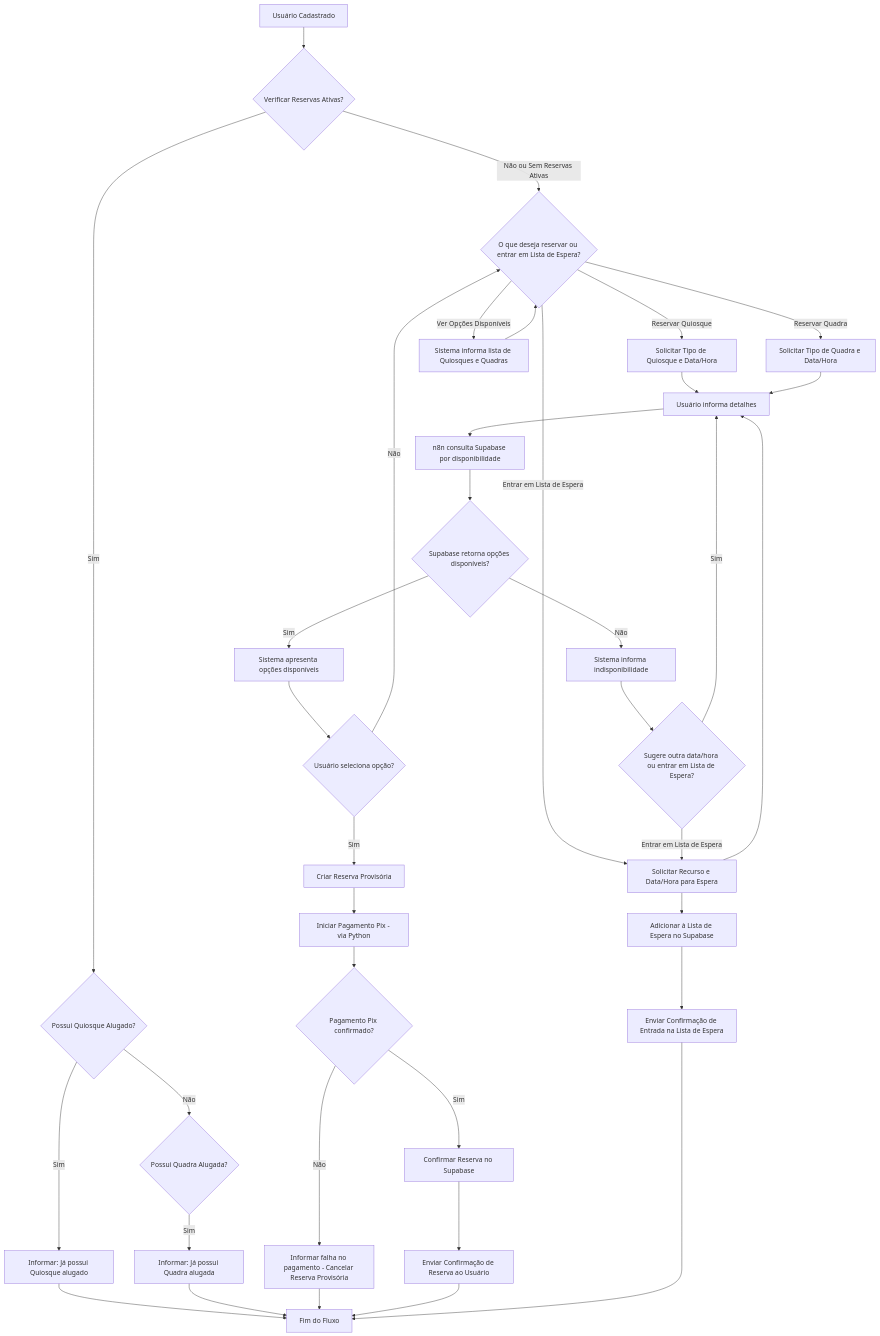
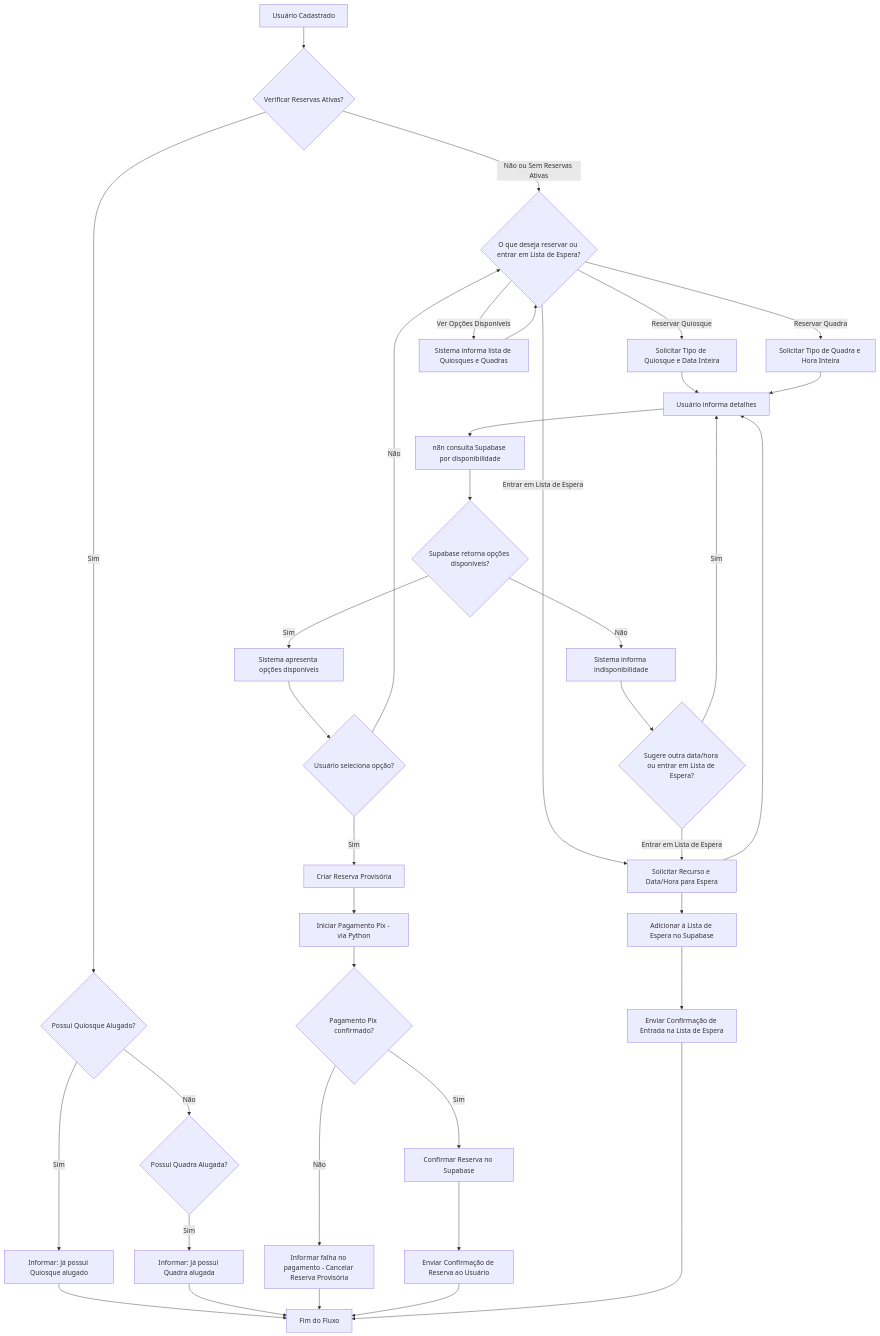
Before and after one commit to jezer/IAResipa: the diagram in 02.docs/03.objetivo/09.2.resource_availability_and_selection.mmd, drawn with Mermaid.

Commit message:
Automatic sync and commit at 2025-07-06 13:59:49

```diff
--- a/02.docs/03.objetivo/09.2.resource_availability_and_selection.mmd
+++ b/02.docs/03.objetivo/09.2.resource_availability_and_selection.mmd
@@ -1,50 +1,50 @@
 graph TD
     A[Usuário Cadastrado] --> B{Verificar Reservas Ativas?}
 
     B -- Sim --> B1{Possui Quiosque Alugado?}
     B1 -- Sim --> B1a[Informar: Já possui Quiosque alugado]
     B1a --> Z[Fim do Fluxo - Sugerir Gerenciamento de Reservas]
 
     B1 -- Não --> B2{Possui Quadra Alugada?}
     B2 -- Sim --> B2a[Informar: Já possui Quadra alugada]
     B2a --> Z
 
     B -- Não ou Sem Reservas Ativas --> C{O que deseja reservar ou entrar em Lista de Espera?}
 
-    C -- Reservar Quiosque --> D[Solicitar Tipo de Quiosque e Data/Hora]
-    C -- Reservar Quadra --> E[Solicitar Tipo de Quadra e Data/Hora]
+    C -- Reservar Quiosque --> D[Solicitar Tipo de Quiosque e Data Inteira]
+    C -- Reservar Quadra --> E[Solicitar Tipo de Quadra e Hora Inteira]
     C -- Entrar em Lista de Espera --> F[Solicitar Recurso e Data/Hora para Espera]
     C -- Ver Opções Disponíveis --> G[Sistema informa lista de Quiosques e Quadras]
     G --> C
 
     D --> H[Usuário informa detalhes]
     E --> H
     F --> H
 
     H --> I[n8n consulta Supabase por disponibilidade]
     I --> J{Supabase retorna opções disponíveis?}
 
     J -- Sim --> K[Sistema apresenta opções disponíveis]
     K --> L{Usuário seleciona opção?}
     L -- Sim --> M[Criar Reserva Provisória]
     L -- Não --> C
 
     J -- Não --> N[Sistema informa indisponibilidade]
     N --> O{Sugere outra data/hora ou entrar em Lista de Espera?}
     O -- Sim --> H
     O -- Entrar em Lista de Espera --> F
 
     M --> P[Iniciar Pagamento Pix - via Python]
     P --> Q{Pagamento Pix confirmado?}
     Q -- Sim --> R[Confirmar Reserva no Supabase]
     Q -- Não --> S[Informar falha no pagamento - Cancelar Reserva Provisória]
     S --> Z
 
     R --> T[Enviar Confirmação de Reserva ao Usuário]
     T --> Z
 
     F --> U[Adicionar à Lista de Espera no Supabase]
     U --> V[Enviar Confirmação de Entrada na Lista de Espera]
     V --> Z
 
     Z[Fim do Fluxo]
```
